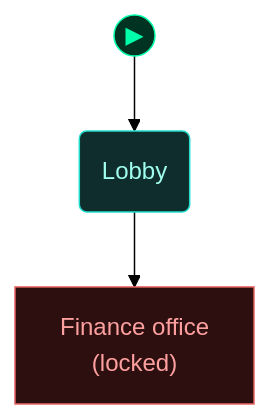
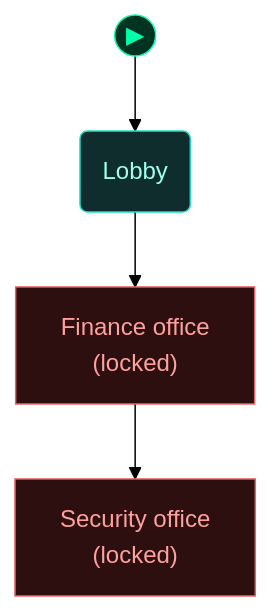
Before and after one commit to cliffe/BreakEscape: the fourth of 5 diagrams in scenarios/test_ops_logs/dungeon_graph.md, drawn with Mermaid (forest theme). The commit also changed other lines of this file and 8 other files, not shown here.

````diff
--- a/scenarios/test_ops_logs/dungeon_graph.md
+++ b/scenarios/test_ops_logs/dungeon_graph.md
@@ -173,30 +181,32 @@
 ```mermaid
 flowchart TD
 
   classDef room      fill:#0f2d2d,stroke:#22ddcc,color:#a0ffee
   classDef lock      fill:#2d0f0f,stroke:#e66060,color:#ffa0a0
   classDef key       fill:#2d0812,stroke:#e66060,color:#ffa0a0
   classDef item      fill:#2d1200,stroke:#e89030,color:#ffcc80
   classDef gate      fill:#111,stroke:#666,color:#eee
   classDef vm        fill:#0c1f40,stroke:#4a90d9,color:#a0c8ff
   classDef flag      fill:#1a0c2d,stroke:#9060d0,color:#cc99ff
   classDef action    fill:#1a1200,stroke:#cc9922,color:#ffee88
   classDef aim       fill:#0d2a0d,stroke:#44cc44,color:#88ff88
   classDef aim_gate  fill:#111111,stroke:#44cc44,color:#44cc44
   classDef container fill:#1a2d1a,stroke:#60b060,color:#a0e0a0
   classDef npc       fill:#2d1f0d,stroke:#d0a050,color:#ffe0a0
   classDef critical  fill:#2a1500,stroke:#ffaa00,color:#ffdd88
   classDef start     fill:#003322,stroke:#00ffaa,color:#00ffaa
 
   node_start(("▶"))
   node_start --> lobby
 
   lobby("Lobby")
   office["Finance office<br/>(locked)"]
+  security["Security office<br/>(locked)"]
 
   lobby --> office
+  office --> security
 
   class lobby room
-  class office lock
+  class office,security lock
   class node_start start
 ```
````
